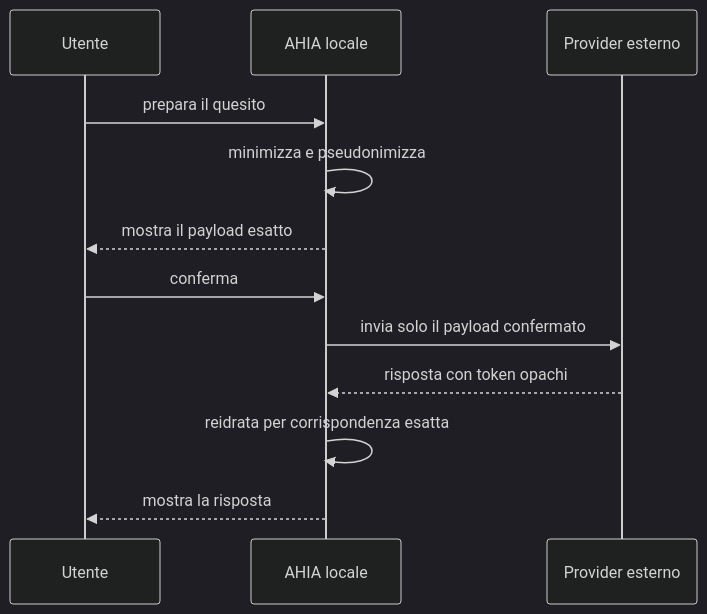
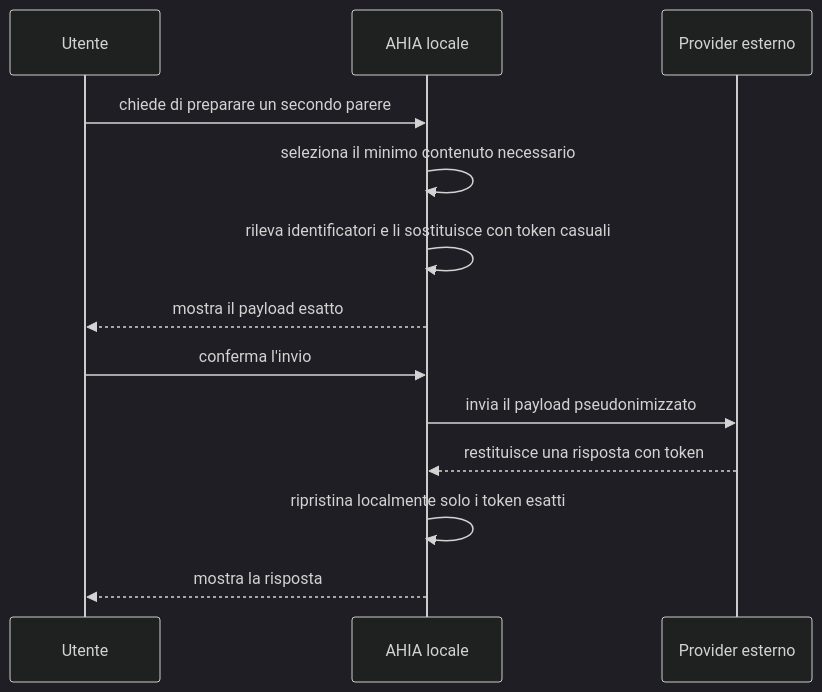
Before and after one commit to vonausterliz/AHIA: the second of 2 diagrams in docs/ARCHITETTURA.md, drawn with Mermaid (dark theme). The commit also changed other lines of this file and 8 other files, not shown here.

````diff
--- a/docs/ARCHITETTURA.md
+++ b/docs/ARCHITETTURA.md
@@ -102,14 +132,16 @@
 ```mermaid
 sequenceDiagram
     participant U as Utente
     participant A as AHIA locale
     participant P as Provider esterno
-    U->>A: prepara il quesito
-    A->>A: minimizza e pseudonimizza
+
+    U->>A: chiede di preparare un secondo parere
+    A->>A: seleziona il minimo contenuto necessario
+    A->>A: rileva identificatori e li sostituisce con token casuali
     A-->>U: mostra il payload esatto
-    U->>A: conferma
-    A->>P: invia solo il payload confermato
-    P-->>A: risposta con token opachi
-    A->>A: reidrata per corrispondenza esatta
+    U->>A: conferma l'invio
+    A->>P: invia il payload pseudonimizzato
+    P-->>A: restituisce una risposta con token
+    A->>A: ripristina localmente solo i token esatti
     A-->>U: mostra la risposta
 ```
````
